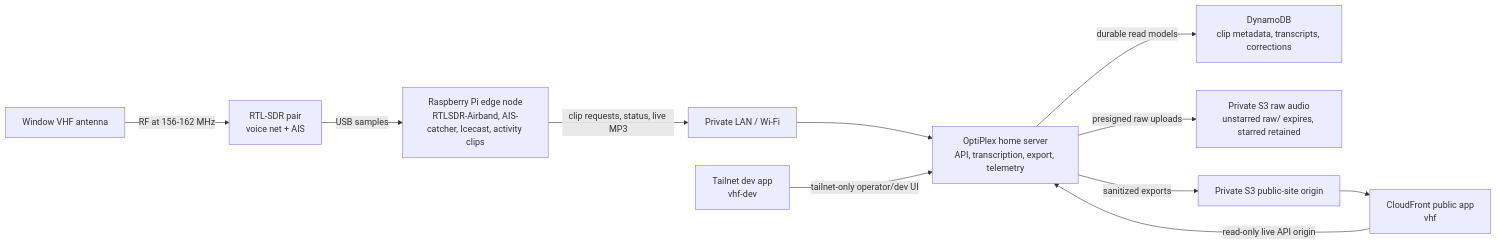
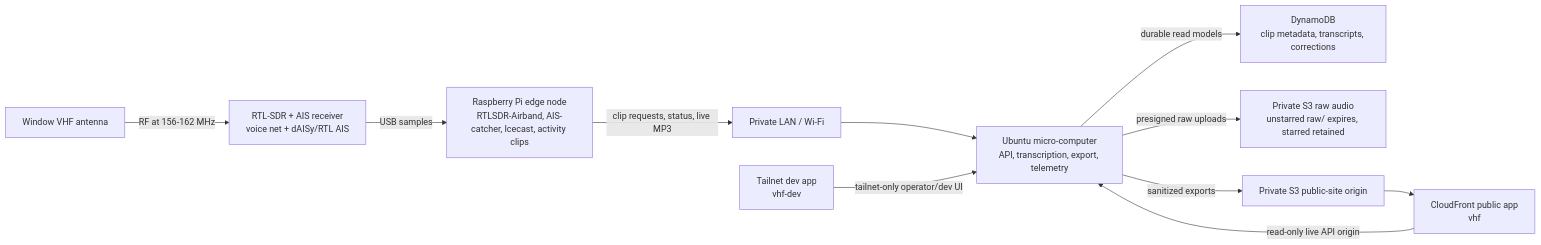
One commit to boscacci/vhf-seattle changed the diagram in docs/hardware-guide.md. Above: the diagram before and after it, drawn with Mermaid. The commit also changed other lines of this file and 22 other files, not shown here.

Commit message:
Add dAISy AIS receiver support and hardware credits

````diff
--- a/docs/hardware-guide.md
+++ b/docs/hardware-guide.md
@@ -10,24 +10,24 @@
 ```mermaid
 flowchart LR
   antenna["Window VHF antenna"]
-  sdr["RTL-SDR pair<br/>voice net + AIS"]
+  sdr["RTL-SDR + AIS receiver<br/>voice net + dAISy/RTL AIS"]
   pi["Raspberry Pi edge node<br/>RTLSDR-Airband, AIS-catcher, Icecast, activity clips"]
   lan["Private LAN / Wi-Fi"]
-  optiplex["OptiPlex home server<br/>API, transcription, export, telemetry"]
+  homebox["Ubuntu micro-computer<br/>API, transcription, export, telemetry"]
   ddb["DynamoDB<br/>clip metadata, transcripts, corrections"]
   s3raw["Private S3 raw audio<br/>unstarred raw/ expires, starred retained"]
   s3site["Private S3 public-site origin"]
   public["CloudFront public app<br/>vhf"]
   dev["Tailnet dev app<br/>vhf-dev"]
 
   antenna -->|RF at 156-162 MHz| sdr
   sdr -->|USB samples| pi
   pi -->|clip requests, status, live MP3| lan
-  lan --> optiplex
-  optiplex -->|durable read models| ddb
-  optiplex -->|presigned raw uploads| s3raw
-  optiplex -->|sanitized exports| s3site
+  lan --> homebox
+  homebox -->|durable read models| ddb
+  homebox -->|presigned raw uploads| s3raw
+  homebox -->|sanitized exports| s3site
   s3site --> public
-  public -->|read-only live API origin| optiplex
-  dev -->|tailnet-only operator/dev UI| optiplex
+  public -->|read-only live API origin| homebox
+  dev -->|tailnet-only operator/dev UI| homebox
 ```
````
